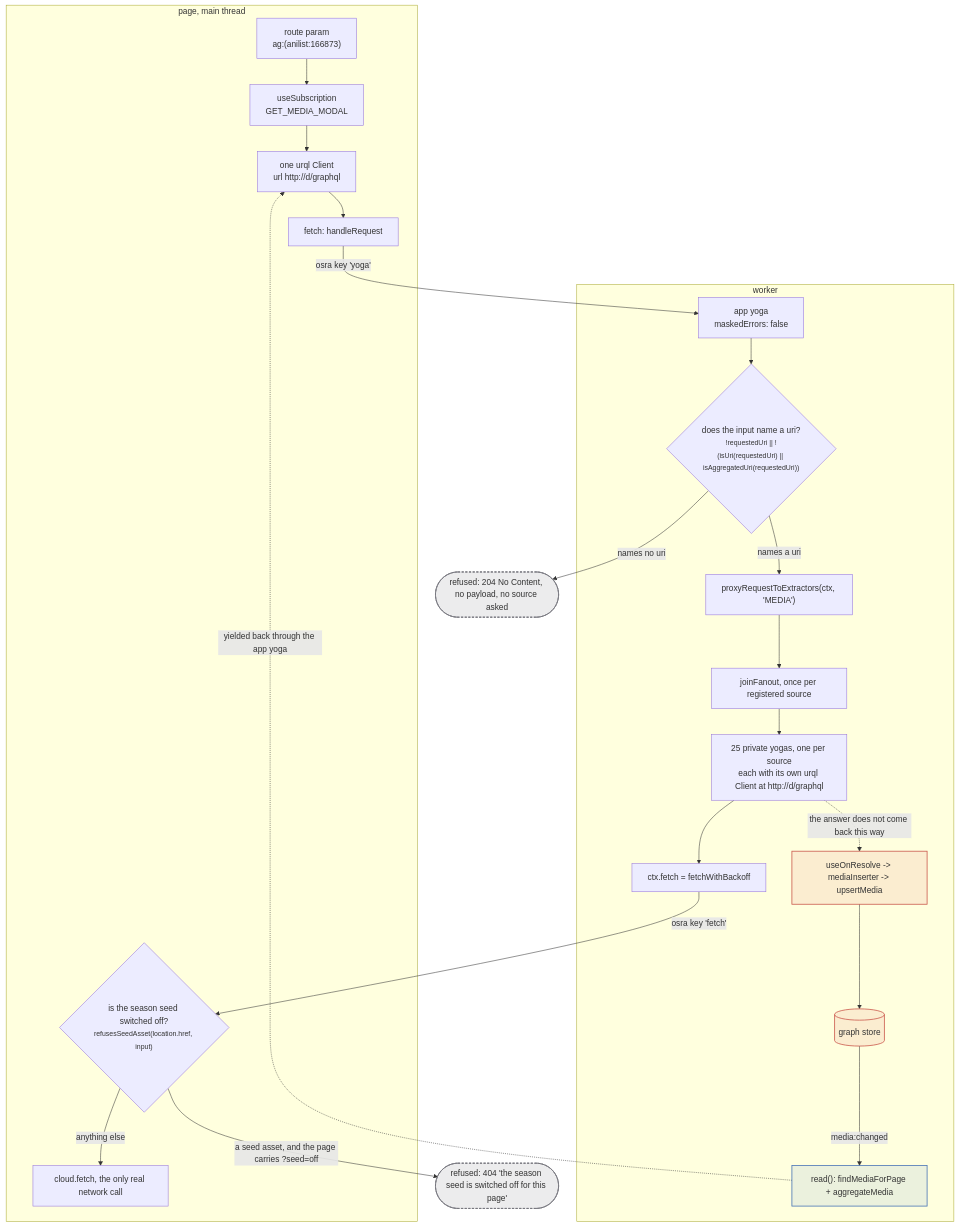
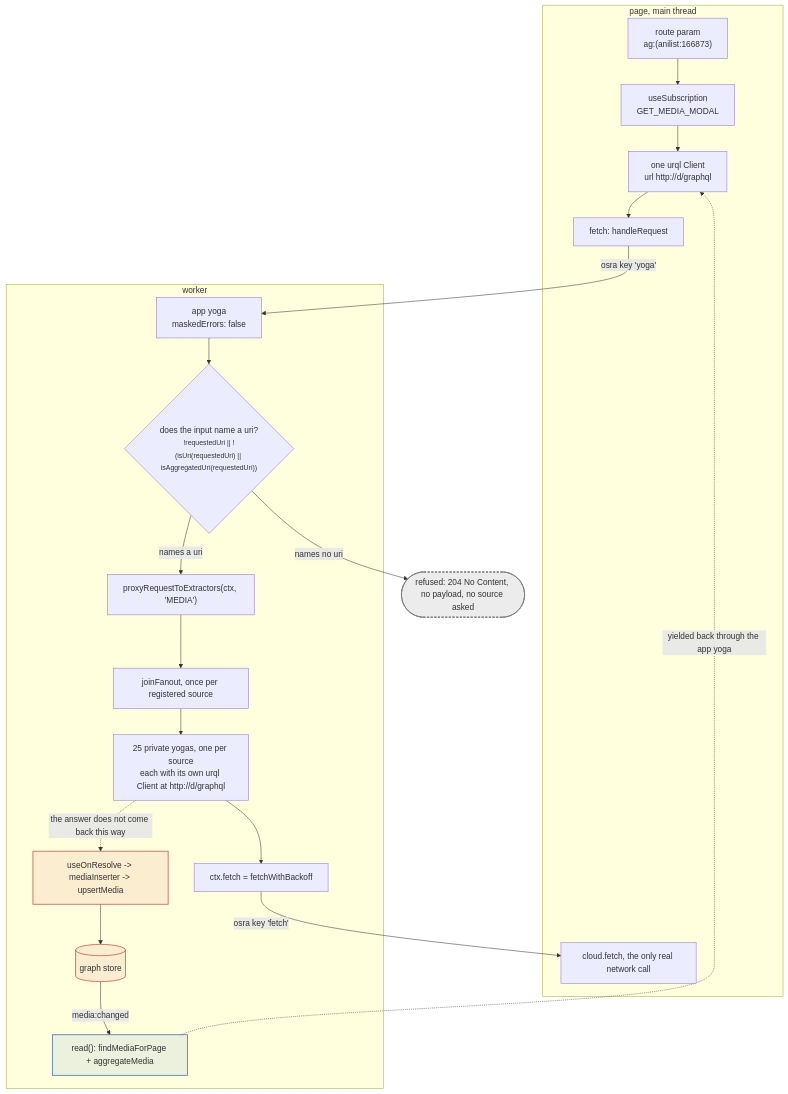
Before and after one commit to banou26/stub: the first of 4 diagrams in docs/src/content/docs/request/page-to-worker.md, drawn with Mermaid. The commit also changed other lines of this file and 68 other files, not shown here.

Commit message:
chore: 🔥retire the season seed job and everything only it used

````diff
--- a/docs/src/content/docs/request/page-to-worker.md
+++ b/docs/src/content/docs/request/page-to-worker.md
@@ -17,45 +17,41 @@
 ```mermaid
 flowchart TD
   subgraph page["page, main thread"]
     A["route param<br/>ag:(anilist:166873)"]
     B["useSubscription<br/>GET_MEDIA_MODAL"]
     C["one urql Client<br/>url http://d/graphql"]
     D["fetch: handleRequest"]
-    S{"is the season seed switched off?<br/><small>refusesSeedAsset(location.href, input)</small>"}
     E["cloud.fetch, the only real network call"]
   end
   subgraph worker["worker"]
     F["app yoga<br/>maskedErrors: false"]
     G{"does the input name a uri?<br/><small>!requestedUri || !(isUri(requestedUri) || isAggregatedUri(requestedUri))</small>"}
     H["proxyRequestToExtractors(ctx, 'MEDIA')"]
     I["joinFanout, once per registered source"]
     J["25 private yogas, one per source<br/>each with its own urql Client at http://d/graphql"]
     K["ctx.fetch = fetchWithBackoff"]
     L["useOnResolve -> mediaInserter -> upsertMedia"]
     M[("graph store")]
     N["read(): findMediaForPage + aggregateMedia"]
   end
   R(["refused: 204 No Content, no payload, no source asked"])
-  T(["refused: 404 'the season seed is switched off for this page'"])
   A --> B --> C --> D
   D -->|"osra key 'yoga'"| F
   F --> G
   G -->|"names no uri"| R
   G -->|"names a uri"| H
   H --> I --> J
   J --> K
-  K -->|"osra key 'fetch'"| S
-  S -->|"a seed asset, and the page carries ?seed=off"| T
-  S -->|"anything else"| E
+  K -->|"osra key 'fetch'"| E
   J -.->|"the answer does not come back this way"| L
   L --> M
   M -->|"media:changed"| N
   N -.->|"yielded back through the app yoga"| C
   classDef irrev fill:#e0796f22,stroke:#c9564a,stroke-width:1.5px
   classDef ratchet fill:#f2b45c22,stroke:#b8801f,stroke-width:1.5px
   classDef view fill:#6b95cd22,stroke:#4572b5,stroke-width:1.5px
   classDef refuse fill:#74757c22,stroke:#74757c,stroke-width:1.5px,stroke-dasharray:4 3
   class L,M irrev
   class N view
-  class R,T refuse
+  class R refuse
 ```
````
